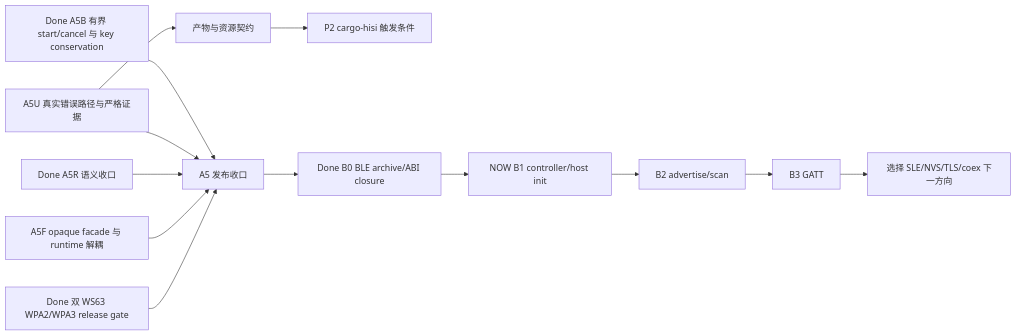
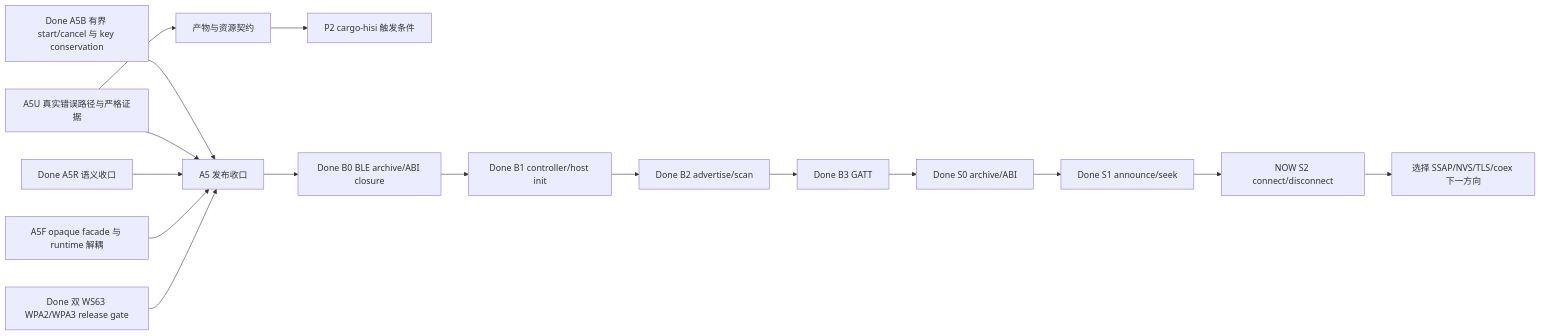
The diagram in docs/plan/README.md (hispark-rs/hisi-riscv-rs), drawn with Mermaid before and after one commit. The commit also changed other lines of this file and 5 other files, not shown here.

Commit message:
feat: close WS63 SLE announce and seek milestone

````diff
--- a/docs/plan/README.md
+++ b/docs/plan/README.md
@@ -41,15 +41,18 @@
 ```mermaid
 flowchart LR
     A5B["Done A5B 有界 start/cancel 与 key conservation"] --> A5["A5 发布收口"]
     A5U["A5U 真实错误路径与严格证据"] --> A5
     A5U --> REPORT["产物与资源契约"]
     REPORT --> CLI["P2 cargo-hisi 触发条件"]
     A5R["Done A5R 语义收口"] --> A5
     A5F["A5F opaque facade 与 runtime 解耦"] --> A5
     WPA3["Done 双 WS63 WPA2/WPA3 release gate"] --> A5
     A5 --> B0["Done B0 BLE archive/ABI closure"]
-    B0 --> B1["NOW B1 controller/host init"]
-    B1 --> B2["B2 advertise/scan"]
-    B2 --> B3["B3 GATT"]
-    B3 --> NEXT["选择 SLE/NVS/TLS/coex 下一方向"]
+    B0 --> B1["Done B1 controller/host init"]
+    B1 --> B2["Done B2 advertise/scan"]
+    B2 --> B3["Done B3 GATT"]
+    B3 --> S0["Done S0 archive/ABI"]
+    S0 --> S1["Done S1 announce/seek"]
+    S1 --> S2["NOW S2 connect/disconnect"]
+    S2 --> NEXT["选择 SSAP/NVS/TLS/coex 下一方向"]
 ```
````
